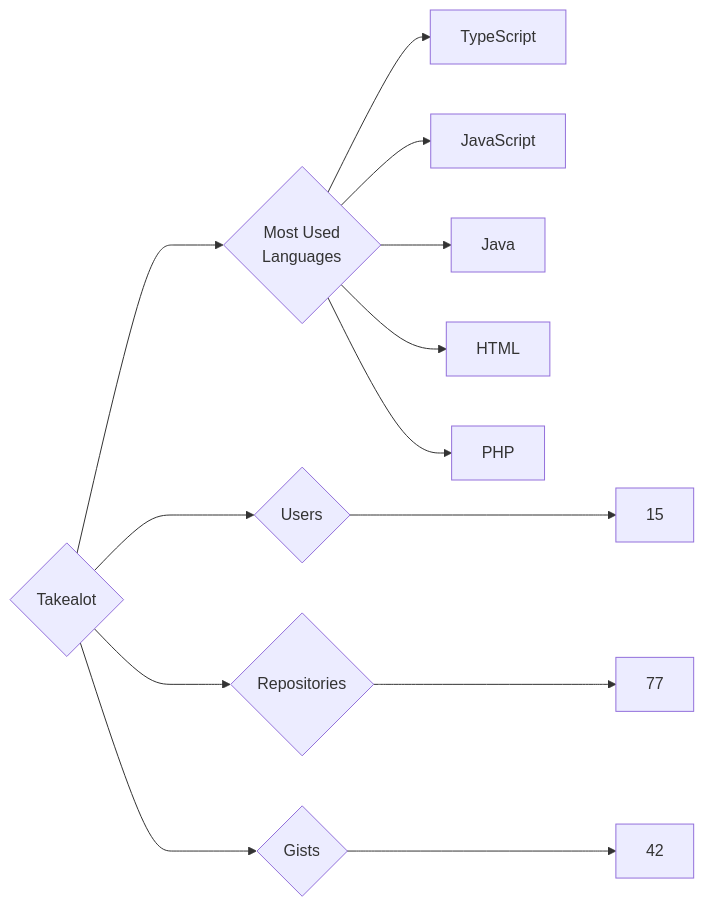
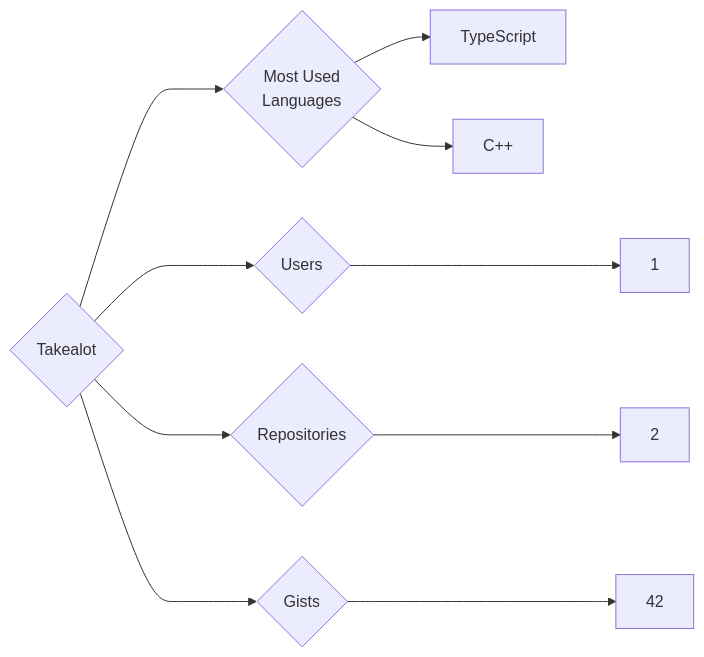
Before and after one commit to trickest/insiders: the diagram in targets/Takealot/README.md, drawn with Mermaid. The commit also changed 948 other files, not shown here.

````diff
--- a/targets/Takealot/README.md
+++ b/targets/Takealot/README.md
@@ -3,13 +3,10 @@
 ```mermaid
 graph LR
 COMPANY_NAME{Takealot}
-COMPANY_NAME ---> U{Users} ---> UN[15]
-COMPANY_NAME ---> R{Repositories} ---> RN[77]
+COMPANY_NAME ---> U{Users} ---> UN[1]
+COMPANY_NAME ---> R{Repositories} ---> RN[2]
 COMPANY_NAME ---> G{Gists} ---> GN[42]
 COMPANY_NAME ---> ML{Most Used<br>Languages}
 ML --> TypeScript[TypeScript]
-ML --> JavaScript[JavaScript]
-ML --> Java[Java]
-ML --> HTML[HTML]
-ML --> PHP[PHP]
+ML --> C++[C++]
 ```
````
